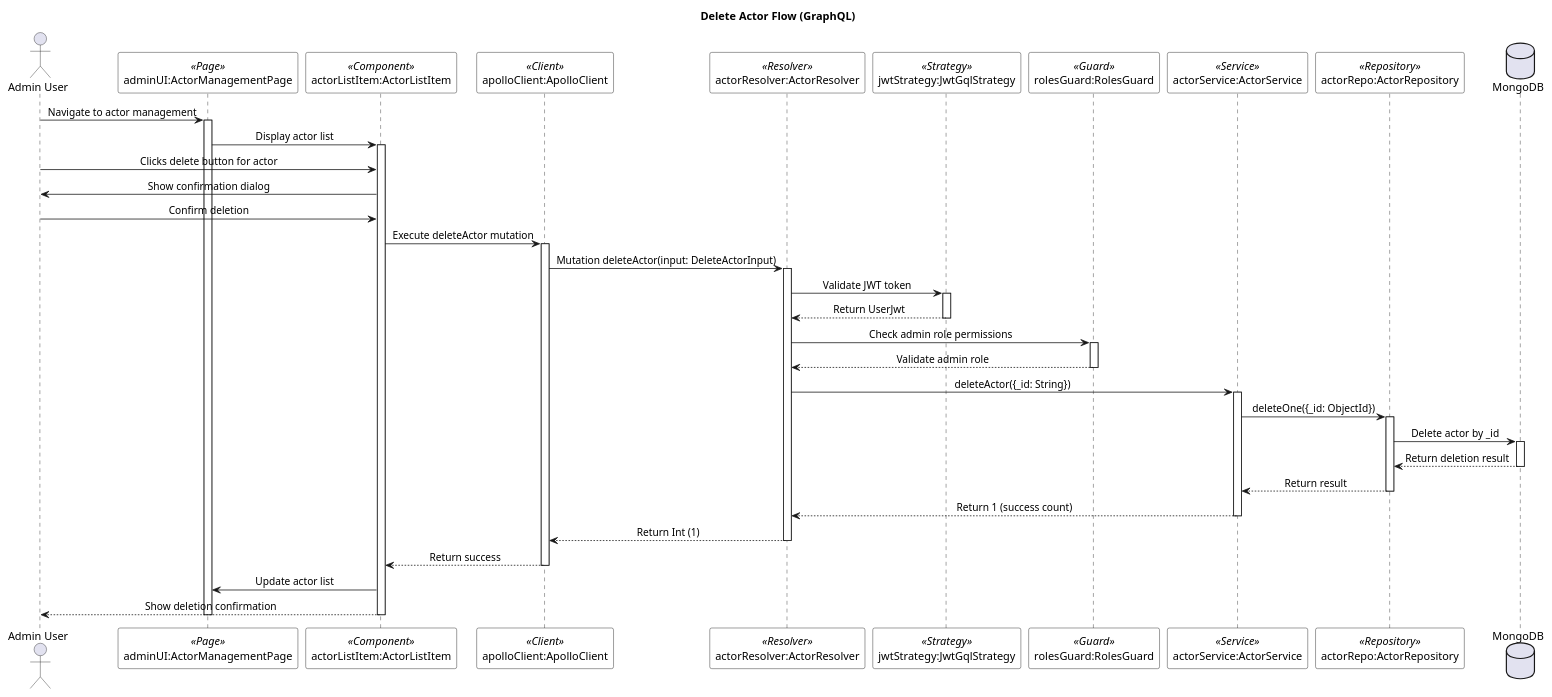
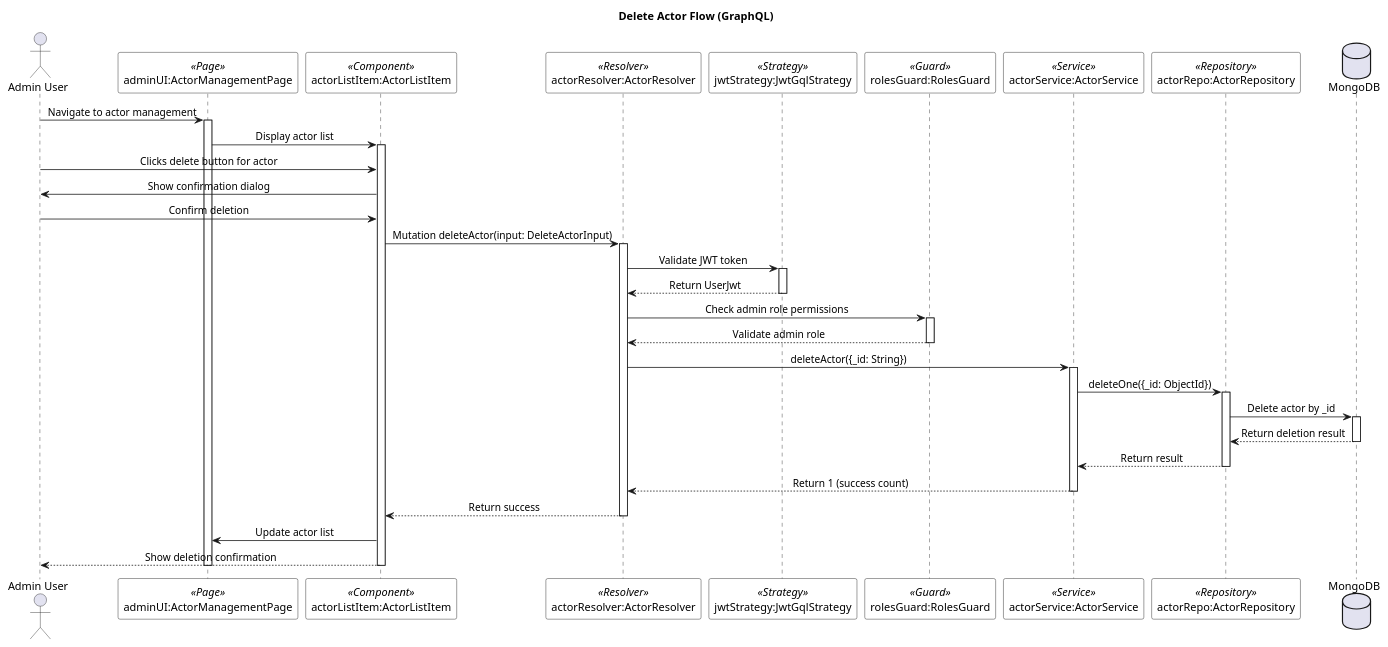
The diagram in documents/diagram/sequences/actors/delete-actor.puml (lehuygiang28/vphim), drawn with PlantUML before and after one commit. The commit also changed 4 other files, not shown here.

First line of the commit message:
refactor(diagrams/sequences/actors): 🛠️ update sequence diagrams for actor flows

```diff
--- a/documents/diagram/sequences/actors/delete-actor.puml
+++ b/documents/diagram/sequences/actors/delete-actor.puml
@@ -1,77 +1,70 @@
 @startuml Delete Actor Flow
 
 skinparam SequenceMessageAlignment center
 skinparam SequenceBoxBackgroundColor white
 skinparam SequenceBoxBorderColor black
 skinparam NoteBackgroundColor lightyellow
 skinparam NoteBorderColor black
 skinparam ParticipantBackgroundColor white
 skinparam ParticipantBorderColor black
 
 title Delete Actor Flow (GraphQL)
 
 actor "Admin User" as adminUser
 participant "adminUI:ActorManagementPage" as adminUI <<Page>>
 participant "actorListItem:ActorListItem" as actorListItem <<Component>>
-participant "apolloClient:ApolloClient" as apolloClient <<Client>>
 participant "actorResolver:ActorResolver" as actorResolver <<Resolver>>
 participant "jwtStrategy:JwtGqlStrategy" as jwtStrategy <<Strategy>>
 participant "rolesGuard:RolesGuard" as rolesGuard <<Guard>>
 participant "actorService:ActorService" as actorService <<Service>>
 participant "actorRepo:ActorRepository" as actorRepo <<Repository>>
 database "MongoDB" as mongoDB
 
 adminUser -> adminUI : Navigate to actor management
 activate adminUI
 
 adminUI -> actorListItem : Display actor list
 activate actorListItem
 
 adminUser -> actorListItem : Clicks delete button for actor
 actorListItem -> adminUser : Show confirmation dialog
 
 adminUser -> actorListItem : Confirm deletion
-actorListItem -> apolloClient : Execute deleteActor mutation
-activate apolloClient
-
-apolloClient -> actorResolver : Mutation deleteActor(input: DeleteActorInput)
+actorListItem -> actorResolver : Mutation deleteActor(input: DeleteActorInput)
 activate actorResolver
 
 actorResolver -> jwtStrategy : Validate JWT token
 activate jwtStrategy
 jwtStrategy --> actorResolver : Return UserJwt
 deactivate jwtStrategy
 
 actorResolver -> rolesGuard : Check admin role permissions
 activate rolesGuard
 rolesGuard --> actorResolver : Validate admin role
 deactivate rolesGuard
 
 actorResolver -> actorService : deleteActor({_id: String})
 activate actorService
 
 actorService -> actorRepo : deleteOne({_id: ObjectId})
 activate actorRepo
 actorRepo -> mongoDB : Delete actor by _id
 activate mongoDB
 mongoDB --> actorRepo : Return deletion result
 deactivate mongoDB
 actorRepo --> actorService : Return result
 deactivate actorRepo
 
 actorService --> actorResolver : Return 1 (success count)
 deactivate actorService
 
-actorResolver --> apolloClient : Return Int (1)
+actorResolver --> actorListItem : Return success
 deactivate actorResolver
-
-apolloClient --> actorListItem : Return success
-deactivate apolloClient
 
 actorListItem -> adminUI : Update actor list
 actorListItem --> adminUser : Show deletion confirmation
 
 deactivate actorListItem
 deactivate adminUI
 
 @enduml
```
